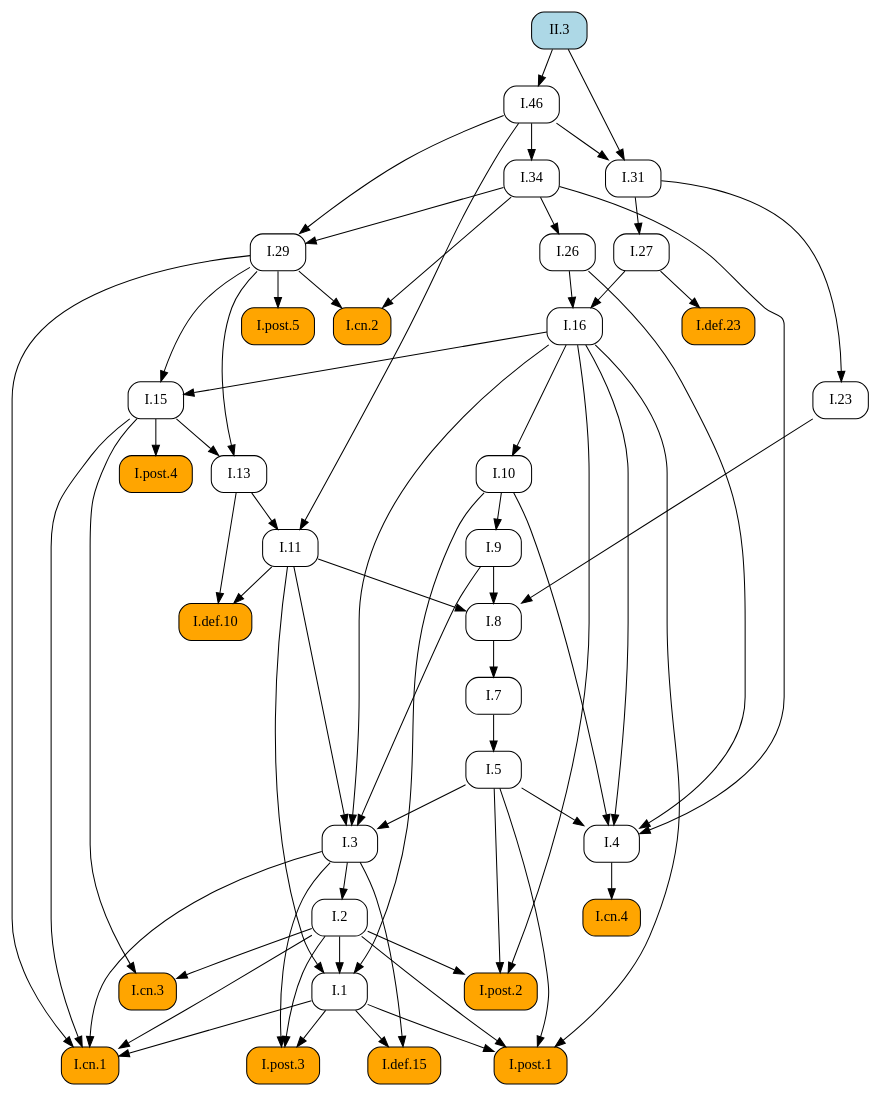
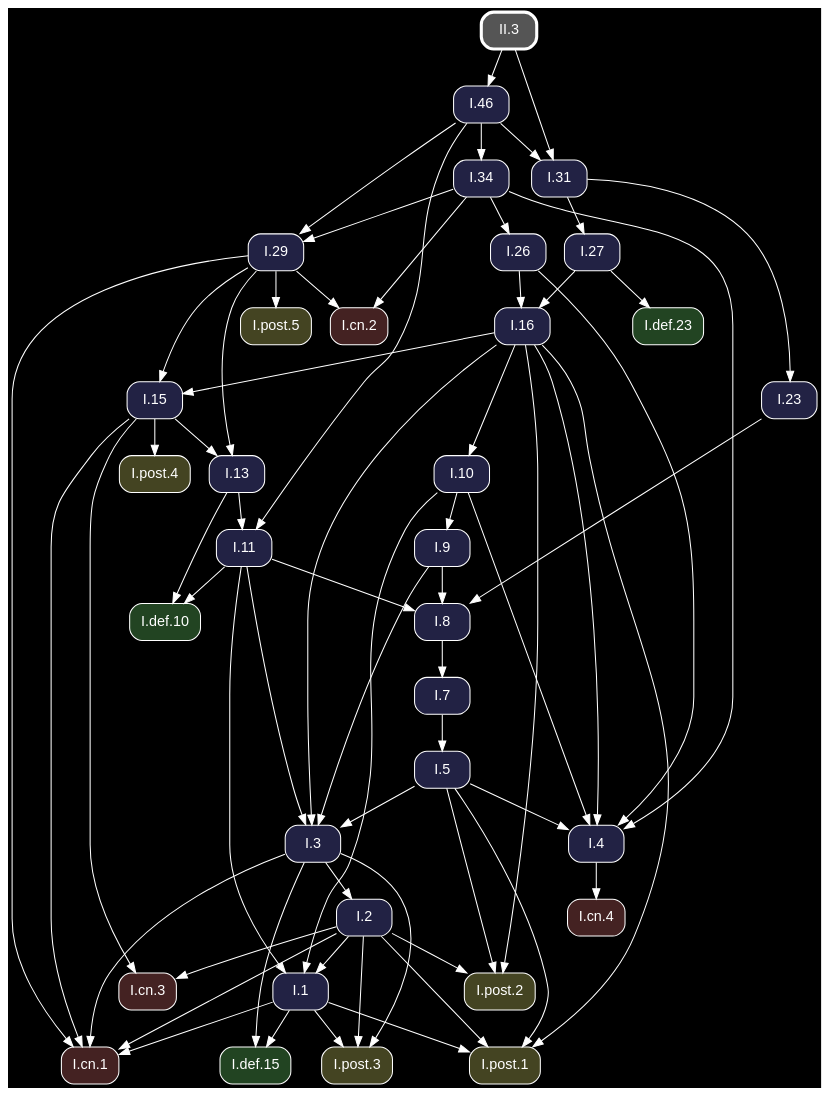
One commit to geometor/elements changed the diagram in docsrc/heath/II/3/index.rst. Above: the diagram before and after it, drawn with Graphviz. The commit also changed other lines of this file and 1200 other files, not shown here.

Commit message:
update dependency graphs

```diff
--- a/docsrc/heath/II/3/index.rst
+++ b/docsrc/heath/II/3/index.rst
@@ -43,58 +43,45 @@
 .. graphviz::
 
    digraph {
+     bgcolor="black";
+     node [shape=box, style="rounded,filled", fontname="Helvetica", color="white", fontcolor="white"];
+     edge [color="white", fontcolor="white"];
      rankdir="TB";
-     node [shape=box, style=rounded];
-     "I.23" [URL="/heath/I/23/", target="_top"];
-     "I.9" [URL="/heath/I/9/", target="_top"];
-     "I.def.15" [style="rounded,filled", fillcolor=orange, URL="/heath/I/def.15/", target="_top"];
-     "I.post.3" [style="rounded,filled", fillcolor=orange, URL="/heath/I/post.3/", target="_top"];
-     "I.post.1" [style="rounded,filled", fillcolor=orange, URL="/heath/I/post.1/", target="_top"];
-     "I.31" [URL="/heath/I/31/", target="_top"];
-     "I.def.10" [style="rounded,filled", fillcolor=orange, URL="/heath/I/def.10/", target="_top"];
-     "I.27" [URL="/heath/I/27/", target="_top"];
-     "I.34" [URL="/heath/I/34/", target="_top"];
-     "I.3" [URL="/heath/I/3/", target="_top"];
-     "I.cn.1" [style="rounded,filled", fillcolor=orange, URL="/heath/I/cn.1/", target="_top"];
-     "I.7" [URL="/heath/I/7/", target="_top"];
-     "I.2" [URL="/heath/I/2/", target="_top"];
-     "I.13" [URL="/heath/I/13/", target="_top"];
-     "I.post.4" [style="rounded,filled", fillcolor=orange, URL="/heath/I/post.4/", target="_top"];
-     "I.4" [URL="/heath/I/4/", target="_top"];
-     "II.3" [style="rounded,filled", fillcolor=lightblue, URL="/heath/II/3/", target="_top"];
-     "I.1" [URL="/heath/I/1/", target="_top"];
-     "I.5" [URL="/heath/I/5/", target="_top"];
-     "I.8" [URL="/heath/I/8/", target="_top"];
-     "I.29" [URL="/heath/I/29/", target="_top"];
-     "I.cn.3" [style="rounded,filled", fillcolor=orange, URL="/heath/I/cn.3/", target="_top"];
-     "I.16" [URL="/heath/I/16/", target="_top"];
-     "I.15" [URL="/heath/I/15/", target="_top"];
-     "I.10" [URL="/heath/I/10/", target="_top"];
-     "I.11" [URL="/heath/I/11/", target="_top"];
-     "I.def.23" [style="rounded,filled", fillcolor=orange, URL="/heath/I/def.23/", target="_top"];
-     "I.cn.2" [style="rounded,filled", fillcolor=orange, URL="/heath/I/cn.2/", target="_top"];
-     "I.post.5" [style="rounded,filled", fillcolor=orange, URL="/heath/I/post.5/", target="_top"];
-     "I.cn.4" [style="rounded,filled", fillcolor=orange, URL="/heath/I/cn.4/", target="_top"];
-     "I.post.2" [style="rounded,filled", fillcolor=orange, URL="/heath/I/post.2/", target="_top"];
-     "I.46" [URL="/heath/I/46/", target="_top"];
-     "I.26" [URL="/heath/I/26/", target="_top"];
-     "I.31" -> "I.23";
-     "I.10" -> "I.9";
-     "I.1" -> "I.def.15";
-     "I.3" -> "I.def.15";
-     "I.1" -> "I.post.3";
-     "I.2" -> "I.post.3";
-     "I.3" -> "I.post.3";
-     "I.1" -> "I.post.1";
-     "I.2" -> "I.post.1";
-     "I.5" -> "I.post.1";
-     "I.16" -> "I.post.1";
+     "I.31" [fillcolor="#222244", URL="/heath/I/31/", target="_top"];
+     "I.3" [fillcolor="#222244", URL="/heath/I/3/", target="_top"];
+     "I.cn.1" [fillcolor="#442222", URL="/heath/I/cn.1/", target="_top"];
+     "I.def.10" [fillcolor="#224422", URL="/heath/I/def.10/", target="_top"];
+     "I.15" [fillcolor="#222244", URL="/heath/I/15/", target="_top"];
+     "I.13" [fillcolor="#222244", URL="/heath/I/13/", target="_top"];
+     "I.27" [fillcolor="#222244", URL="/heath/I/27/", target="_top"];
+     "I.2" [fillcolor="#222244", URL="/heath/I/2/", target="_top"];
+     "I.cn.2" [fillcolor="#442222", URL="/heath/I/cn.2/", target="_top"];
+     "I.9" [fillcolor="#222244", URL="/heath/I/9/", target="_top"];
+     "I.1" [fillcolor="#222244", URL="/heath/I/1/", target="_top"];
+     "I.post.5" [fillcolor="#444422", URL="/heath/I/post.5/", target="_top"];
+     "I.post.4" [fillcolor="#444422", URL="/heath/I/post.4/", target="_top"];
+     "I.23" [fillcolor="#222244", URL="/heath/I/23/", target="_top"];
+     "I.26" [fillcolor="#222244", URL="/heath/I/26/", target="_top"];
+     "I.8" [fillcolor="#222244", URL="/heath/I/8/", target="_top"];
+     "I.4" [fillcolor="#222244", URL="/heath/I/4/", target="_top"];
+     "I.7" [fillcolor="#222244", URL="/heath/I/7/", target="_top"];
+     "I.5" [fillcolor="#222244", URL="/heath/I/5/", target="_top"];
+     "I.10" [fillcolor="#222244", URL="/heath/I/10/", target="_top"];
+     "I.46" [fillcolor="#222244", URL="/heath/I/46/", target="_top"];
+     "I.post.1" [fillcolor="#444422", URL="/heath/I/post.1/", target="_top"];
+     "I.11" [fillcolor="#222244", URL="/heath/I/11/", target="_top"];
+     "I.16" [fillcolor="#222244", URL="/heath/I/16/", target="_top"];
+     "I.cn.3" [fillcolor="#442222", URL="/heath/I/cn.3/", target="_top"];
+     "II.3" [penwidth=3, color="white", fillcolor="#555555", URL="/heath/II/3/", target="_top"];
+     "I.29" [fillcolor="#222244", URL="/heath/I/29/", target="_top"];
+     "I.post.2" [fillcolor="#444422", URL="/heath/I/post.2/", target="_top"];
+     "I.cn.4" [fillcolor="#442222", URL="/heath/I/cn.4/", target="_top"];
+     "I.def.23" [fillcolor="#224422", URL="/heath/I/def.23/", target="_top"];
+     "I.post.3" [fillcolor="#444422", URL="/heath/I/post.3/", target="_top"];
+     "I.34" [fillcolor="#222244", URL="/heath/I/34/", target="_top"];
+     "I.def.15" [fillcolor="#224422", URL="/heath/I/def.15/", target="_top"];
      "I.46" -> "I.31";
      "II.3" -> "I.31";
-     "I.11" -> "I.def.10";
-     "I.13" -> "I.def.10";
-     "I.31" -> "I.27";
-     "I.46" -> "I.34";
      "I.5" -> "I.3";
      "I.9" -> "I.3";
      "I.11" -> "I.3";
@@ -104,42 +91,57 @@
      "I.3" -> "I.cn.1";
      "I.15" -> "I.cn.1";
      "I.29" -> "I.cn.1";
-     "I.8" -> "I.7";
-     "I.3" -> "I.2";
+     "I.11" -> "I.def.10";
+     "I.13" -> "I.def.10";
+     "I.16" -> "I.15";
+     "I.29" -> "I.15";
      "I.15" -> "I.13";
      "I.29" -> "I.13";
+     "I.31" -> "I.27";
+     "I.3" -> "I.2";
+     "I.29" -> "I.cn.2";
+     "I.34" -> "I.cn.2";
+     "I.10" -> "I.9";
+     "I.2" -> "I.1";
+     "I.10" -> "I.1";
+     "I.11" -> "I.1";
+     "I.29" -> "I.post.5";
      "I.15" -> "I.post.4";
+     "I.31" -> "I.23";
+     "I.34" -> "I.26";
+     "I.9" -> "I.8";
+     "I.11" -> "I.8";
+     "I.23" -> "I.8";
      "I.5" -> "I.4";
      "I.10" -> "I.4";
      "I.16" -> "I.4";
      "I.26" -> "I.4";
      "I.34" -> "I.4";
-     "I.2" -> "I.1";
-     "I.10" -> "I.1";
-     "I.11" -> "I.1";
+     "I.8" -> "I.7";
      "I.7" -> "I.5";
-     "I.9" -> "I.8";
-     "I.11" -> "I.8";
-     "I.23" -> "I.8";
+     "I.16" -> "I.10";
+     "II.3" -> "I.46";
+     "I.1" -> "I.post.1";
+     "I.2" -> "I.post.1";
+     "I.5" -> "I.post.1";
+     "I.16" -> "I.post.1";
+     "I.13" -> "I.11";
+     "I.46" -> "I.11";
+     "I.26" -> "I.16";
+     "I.27" -> "I.16";
+     "I.2" -> "I.cn.3";
+     "I.15" -> "I.cn.3";
      "I.34" -> "I.29";
      "I.46" -> "I.29";
-     "I.2" -> "I.cn.3";
-     "I.15" -> "I.cn.3";
-     "I.26" -> "I.16";
-     "I.27" -> "I.16";
-     "I.16" -> "I.15";
-     "I.29" -> "I.15";
-     "I.16" -> "I.10";
-     "I.13" -> "I.11";
-     "I.46" -> "I.11";
-     "I.27" -> "I.def.23";
-     "I.29" -> "I.cn.2";
-     "I.34" -> "I.cn.2";
-     "I.29" -> "I.post.5";
-     "I.4" -> "I.cn.4";
      "I.2" -> "I.post.2";
      "I.5" -> "I.post.2";
      "I.16" -> "I.post.2";
-     "II.3" -> "I.46";
-     "I.34" -> "I.26";
+     "I.4" -> "I.cn.4";
+     "I.27" -> "I.def.23";
+     "I.1" -> "I.post.3";
+     "I.2" -> "I.post.3";
+     "I.3" -> "I.post.3";
+     "I.46" -> "I.34";
+     "I.1" -> "I.def.15";
+     "I.3" -> "I.def.15";
    }
```
